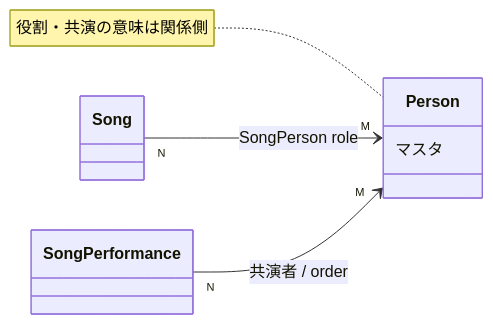
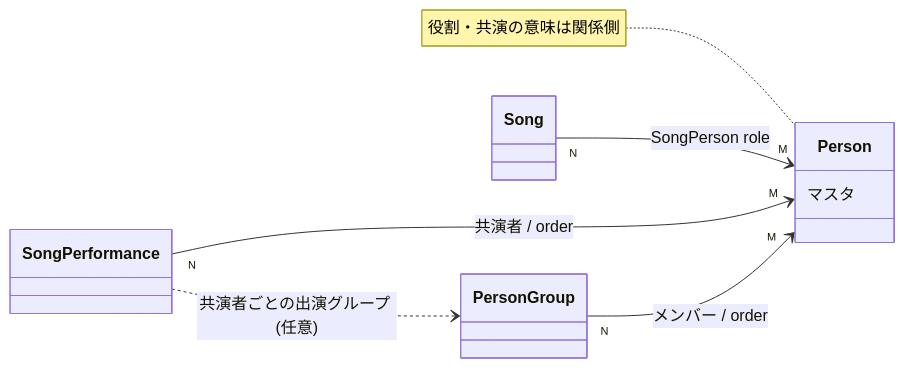
The diagram in docs/specs/person.md (sayuprc/isekai-observatory), drawn with Mermaid before and after one commit. The commit also changed other lines of this file and 145 other files, not shown here.

````diff
--- a/docs/specs/person.md
+++ b/docs/specs/person.md
@@ -29,10 +36,12 @@
 ```mermaid
 classDiagram
   direction LR
   class Person {
     マスタ
   }
   Song "N" --> "M" Person : SongPerson role
   SongPerformance "N" --> "M" Person : 共演者 / order
+  PersonGroup "N" --> "M" Person : メンバー / order
+  SongPerformance ..> PersonGroup : 共演者ごとの出演グループ (任意)
   note for Person "役割・共演の意味は関係側"
 ```
````
